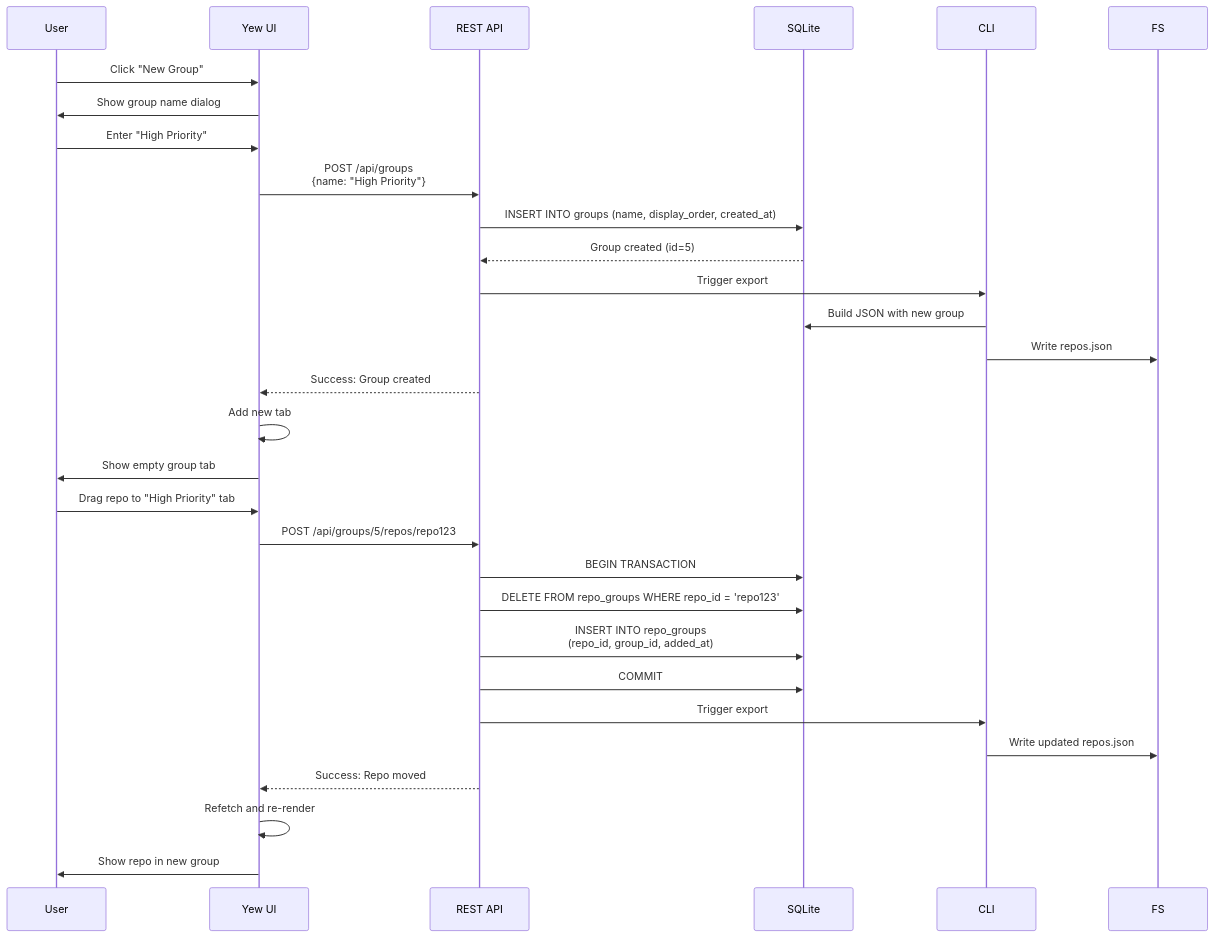
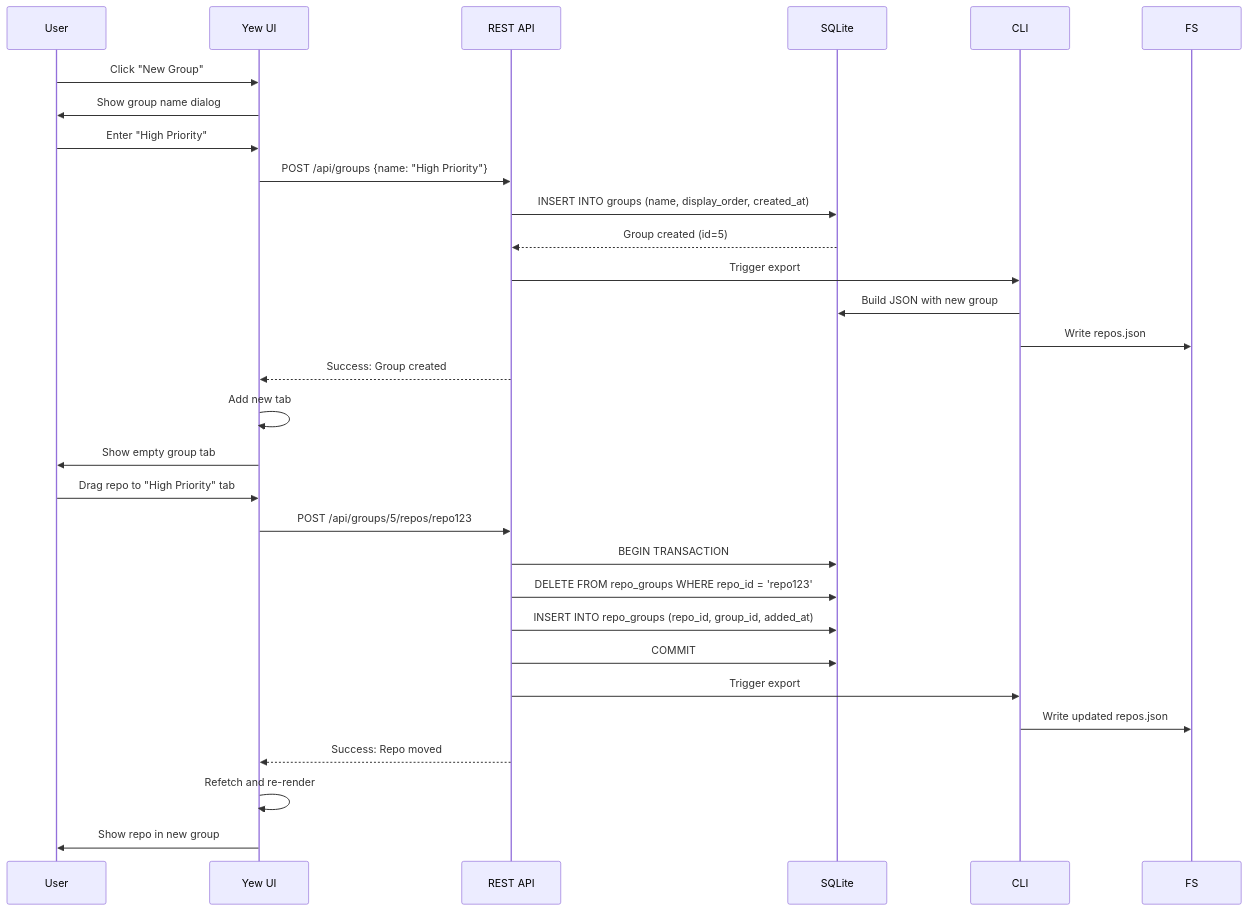
Before and after one commit to softwarewrighter/overall: the ninth of 12 diagrams in wiki/Data-Flow.md, drawn with Mermaid. The commit also changed other lines of this file and 4 other files, not shown here.

First line of the commit message:
Fix wiki Mermaid diagrams: remove <br/> tags

````diff
--- a/wiki/Data-Flow.md
+++ b/wiki/Data-Flow.md
@@ -435,38 +435,38 @@
 ```mermaid
 sequenceDiagram
     participant User
     participant UI as Yew UI
     participant API as REST API
     participant DB as SQLite
 
     User->>UI: Click "New Group"
     UI->>User: Show group name dialog
     User->>UI: Enter "High Priority"
-    UI->>API: POST /api/groups<br/>{name: "High Priority"}
+    UI->>API: POST /api/groups {name: "High Priority"}
 
     API->>DB: INSERT INTO groups (name, display_order, created_at)
     DB-->>API: Group created (id=5)
 
     API->>CLI: Trigger export
     CLI->>DB: Build JSON with new group
     CLI->>FS: Write repos.json
 
     API-->>UI: Success: Group created
     UI->>UI: Add new tab
     UI->>User: Show empty group tab
 
     User->>UI: Drag repo to "High Priority" tab
     UI->>API: POST /api/groups/5/repos/repo123
 
     API->>DB: BEGIN TRANSACTION
     API->>DB: DELETE FROM repo_groups WHERE repo_id = 'repo123'
-    API->>DB: INSERT INTO repo_groups<br/>(repo_id, group_id, added_at)
+    API->>DB: INSERT INTO repo_groups (repo_id, group_id, added_at)
     API->>DB: COMMIT
 
     API->>CLI: Trigger export
     CLI->>FS: Write updated repos.json
 
     API-->>UI: Success: Repo moved
     UI->>UI: Refetch and re-render
     UI->>User: Show repo in new group
 ```
````
